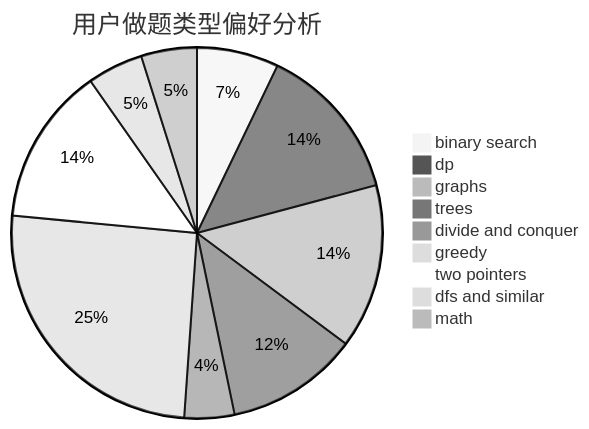
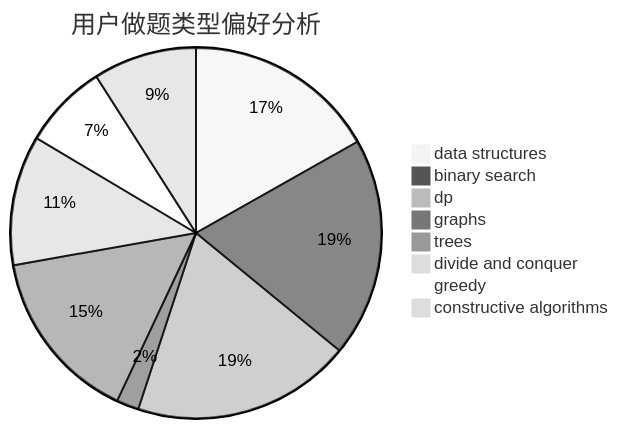
One commit to sherpahu/cfrs.github.io changed the second of 3 diagrams in docs/user/u176.md. Above: the diagram before and after it, drawn with Mermaid (neutral theme). The commit also changed other lines of this file and 2775 other files, not shown here.

````diff
--- a/docs/user/u176.md
+++ b/docs/user/u176.md
@@ -23,12 +23,11 @@
 ```mermaid
 pie title 用户做题类型偏好分析
-    "binary search" :  113
-    "dp" :  217
-    "graphs" :  227
-    "trees" :  183
-    "divide and conquer" :  69
-    "greedy" :  402
-    "two pointers" :  218
-    "dfs and similar" :  77
-    "math" :  77
+    "data structures" :  95
+    "binary search" :  108
+    "dp" :  108
+    "graphs" :  11
+    "trees" :  86
+    "divide and conquer" :  64
+    "greedy" :  42
+    "constructive algorithms" :  51
 ```
````
